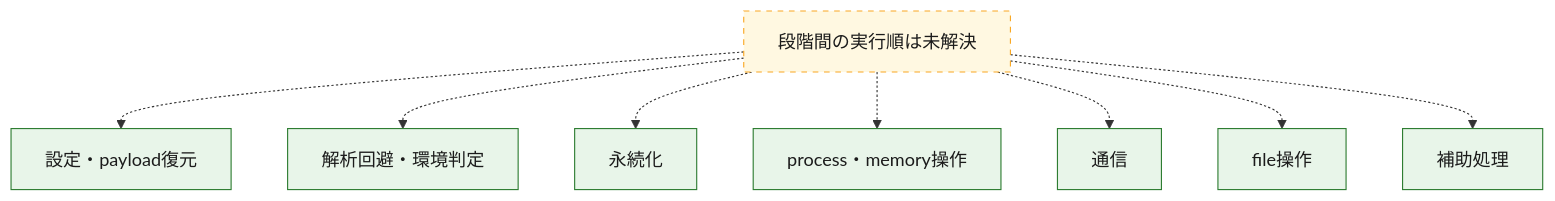
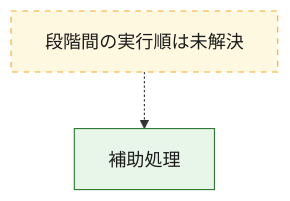
The first of 3 diagrams in analysis-results/malware/unclassified/versions/unknown/cases/f80f8214cf32d0fef1cae4efd394216672e840fede150008cfad52de228aee0c/OVERALL-LOGIC.md (proshiba/AI-security-analysis), drawn with Mermaid before and after one commit. The commit also changed other lines of this file and 1743 other files, not shown here.

````diff
--- a/analysis-results/malware/unclassified/versions/unknown/cases/f80f8214cf32d0fef1cae4efd394216672e840fede150008cfad52de228aee0c/OVERALL-LOGIC.md
+++ b/analysis-results/malware/unclassified/versions/unknown/cases/f80f8214cf32d0fef1cae4efd394216672e840fede150008cfad52de228aee0c/OVERALL-LOGIC.md
@@ -16,22 +16,10 @@
 ```mermaid
 flowchart TD
-  exec_01["設定・payload復元"]
-  exec_02["解析回避・環境判定"]
-  exec_03["永続化"]
-  exec_04["process・memory操作"]
-  exec_05["通信"]
-  exec_06["file操作"]
-  exec_07["補助処理"]
+  exec_01["補助処理"]
   exec_unknown["段階間の実行順は未解決"]
   exec_unknown -.-> exec_01
-  exec_unknown -.-> exec_02
-  exec_unknown -.-> exec_03
-  exec_unknown -.-> exec_04
-  exec_unknown -.-> exec_05
-  exec_unknown -.-> exec_06
-  exec_unknown -.-> exec_07
   class exec_unknown unresolved
-  class exec_01,exec_02,exec_03,exec_04,exec_05,exec_06,exec_07 confirmed
+  class exec_01 confirmed
   classDef confirmed fill:#e8f5e9,stroke:#2e7d32,color:#1b1b1b
   classDef unresolved fill:#fff8e1,stroke:#f9a825,color:#1b1b1b,stroke-dasharray:5 5
 ```
````
